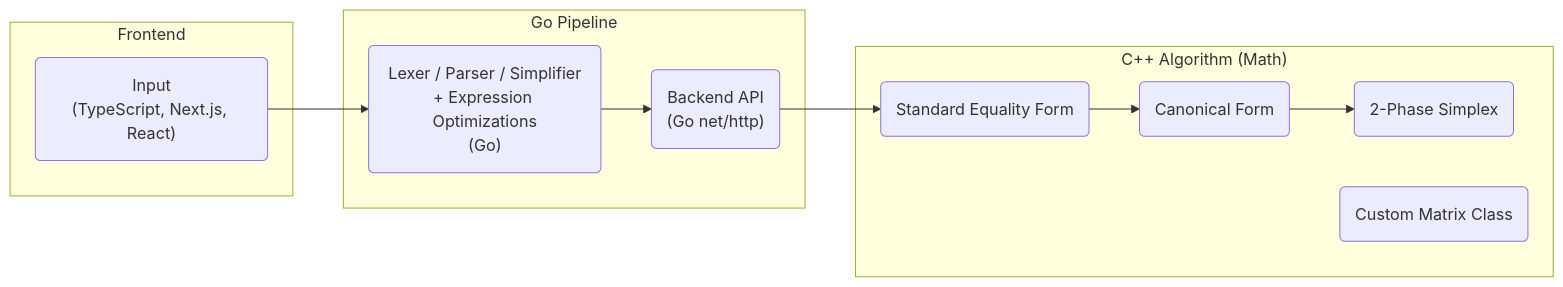
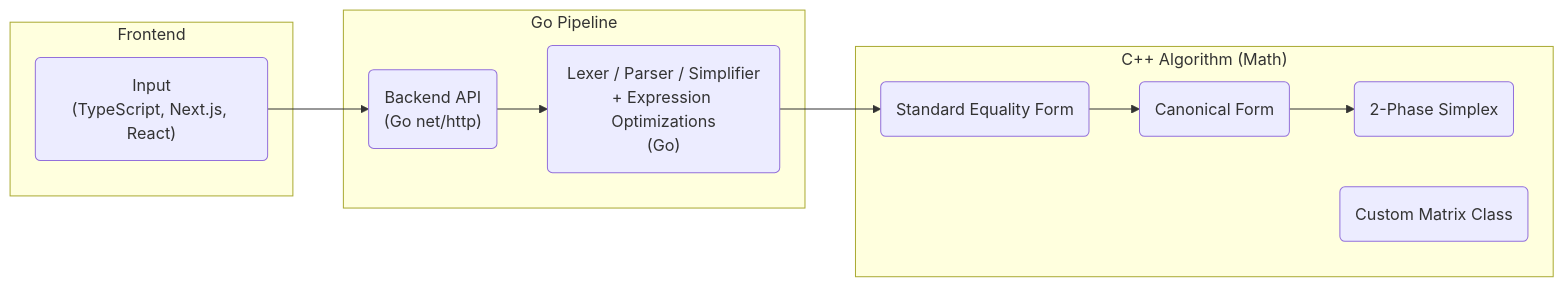
Before and after one commit to animalat/Simplex-Algorithm: the diagram in README.md, drawn with Mermaid.

````diff
--- a/README.md
+++ b/README.md
@@ -24,20 +24,20 @@
 ```mermaid
 graph LR
     subgraph Frontend
         A("Input<br>(TypeScript, Next.js, React)")
     end
 
     subgraph Go_Pipeline["Go Pipeline"]
-        B("Lexer / Parser / Simplifier<br>+ Expression Optimizations<br>(Go)")
-        C("Backend API<br>(Go net/http)")
+        B("Backend API<br>(Go net/http)")
+        C("Lexer / Parser / Simplifier<br>+ Expression Optimizations<br>(Go)")
     end
 
     subgraph Simplex_Algorithm["C++ Algorithm (Math)"]
         D("Standard Equality Form")
         E("Canonical Form")
         F("2-Phase Simplex")
         G("Custom Matrix Class")
     end
 
     A --> B --> C --> D --> E --> F
 ```
````
